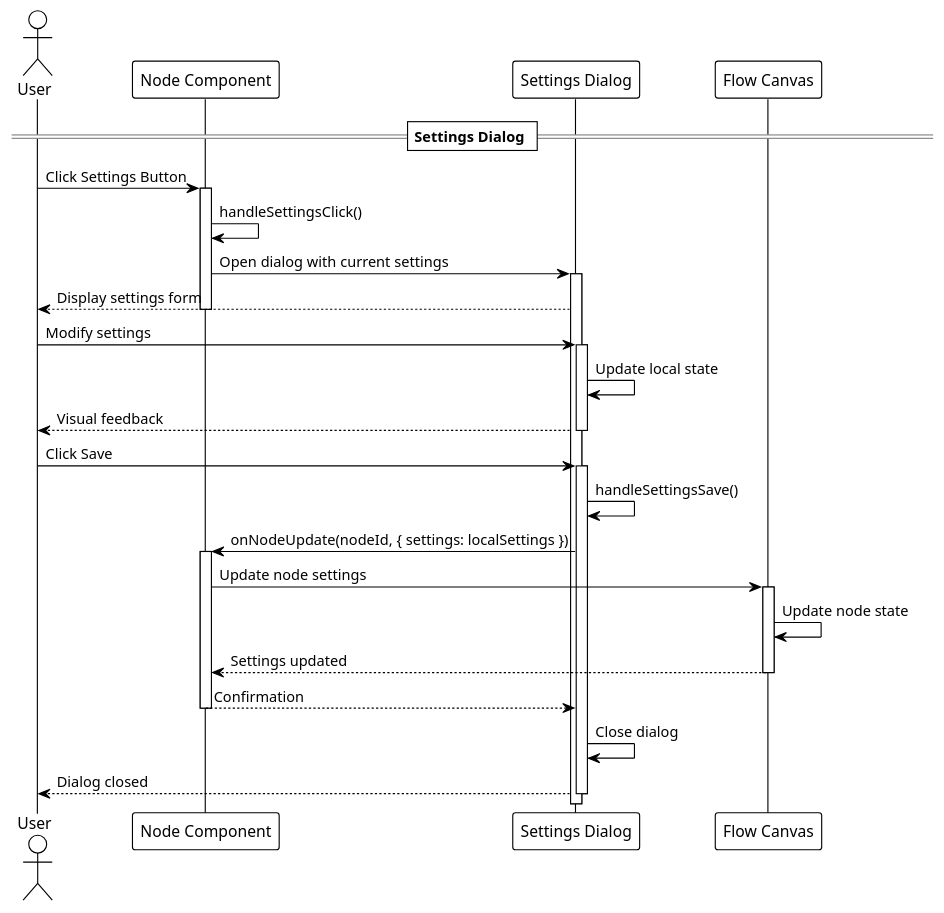
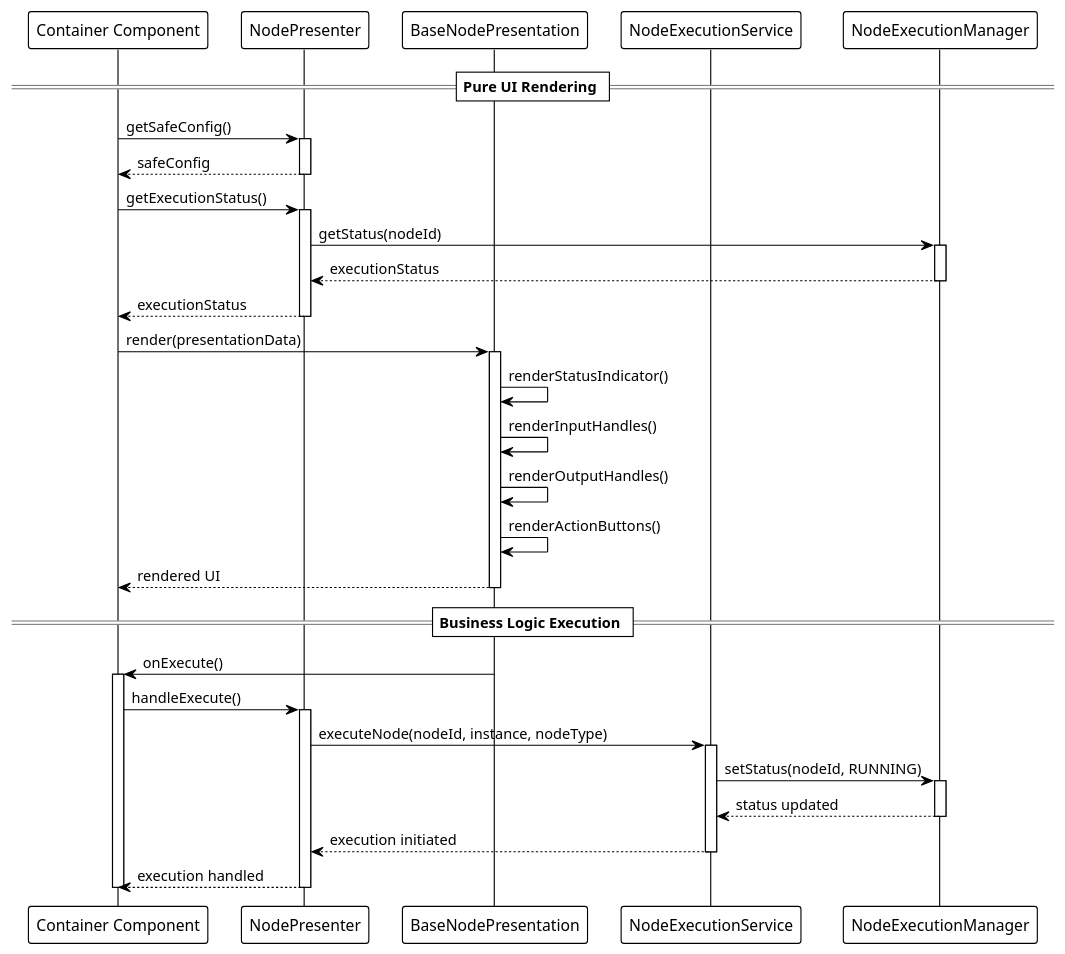
One commit to amirman-m/flowbuilderInstagram changed the third of 4 diagrams in Doc/NodeComponent-ExecutionFlow.md. Above: the diagram before and after it, drawn with PlantUML. The commit also changed other lines of this file and 36 other files, not shown here.

Commit message:
change the rendering and logic of frontend

````diff
--- a/Doc/NodeComponent-ExecutionFlow.md
+++ b/Doc/NodeComponent-ExecutionFlow.md
@@ -148,43 +186,55 @@
 ```plantuml
-@startuml NodeComponent_SettingsFlow
+@startuml BusinessLogicSeparation
 !theme plain
 
-actor User
-participant NodeComponent as "Node Component"
-participant SettingsDialog as "Settings Dialog"
-participant FlowCanvas as "Flow Canvas"
+participant "Container Component" as Container
+participant "NodePresenter" as Presenter
+participant "BaseNodePresentation" as Presentation
+participant "NodeExecutionService" as Service
+participant "NodeExecutionManager" as Manager
 
-== Settings Dialog ==
+== Pure UI Rendering ==
 
-User -> NodeComponent: Click Settings Button
-activate NodeComponent
-NodeComponent -> NodeComponent: handleSettingsClick()
-NodeComponent -> SettingsDialog: Open dialog with current settings
-activate SettingsDialog
-SettingsDialog --> User: Display settings form
-deactivate NodeComponent
+Container -> Presenter: getSafeConfig()
+activate Presenter
+Presenter --> Container: safeConfig
+deactivate Presenter
 
-User -> SettingsDialog: Modify settings
-activate SettingsDialog
-SettingsDialog -> SettingsDialog: Update local state
-SettingsDialog --> User: Visual feedback
-deactivate SettingsDialog
+Container -> Presenter: getExecutionStatus()
+activate Presenter
+Presenter -> Manager: getStatus(nodeId)
+activate Manager
+Manager --> Presenter: executionStatus
+deactivate Manager
+Presenter --> Container: executionStatus
+deactivate Presenter
 
-User -> SettingsDialog: Click Save
-activate SettingsDialog
-SettingsDialog -> SettingsDialog: handleSettingsSave()
-SettingsDialog -> NodeComponent: onNodeUpdate(nodeId, { settings: localSettings })
-activate NodeComponent
-NodeComponent -> FlowCanvas: Update node settings
-activate FlowCanvas
-FlowCanvas -> FlowCanvas: Update node state
-FlowCanvas --> NodeComponent: Settings updated
-deactivate FlowCanvas
-NodeComponent --> SettingsDialog: Confirmation
-deactivate NodeComponent
-SettingsDialog -> SettingsDialog: Close dialog
-SettingsDialog --> User: Dialog closed
-deactivate SettingsDialog
+Container -> Presentation: render(presentationData)
+activate Presentation
+Presentation -> Presentation: renderStatusIndicator()
+Presentation -> Presentation: renderInputHandles()
+Presentation -> Presentation: renderOutputHandles()
+Presentation -> Presentation: renderActionButtons()
+Presentation --> Container: rendered UI
+deactivate Presentation
+
+== Business Logic Execution ==
+
+Presentation -> Container: onExecute()
+activate Container
+Container -> Presenter: handleExecute()
+activate Presenter
+Presenter -> Service: executeNode(nodeId, instance, nodeType)
+activate Service
+Service -> Manager: setStatus(nodeId, RUNNING)
+activate Manager
+Manager --> Service: status updated
+deactivate Manager
+Service --> Presenter: execution initiated
+deactivate Service
+Presenter --> Container: execution handled
+deactivate Presenter
+deactivate Container
 
 @enduml
 ```
````
